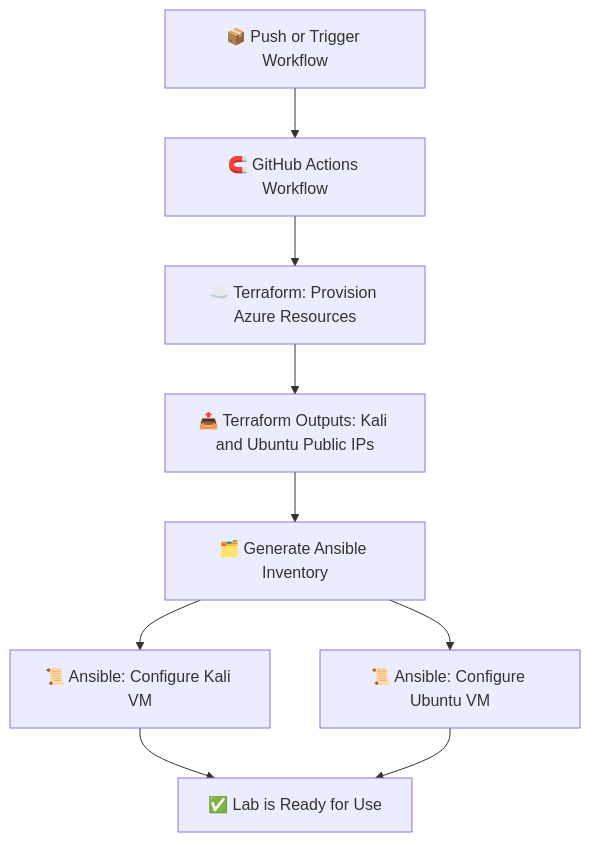
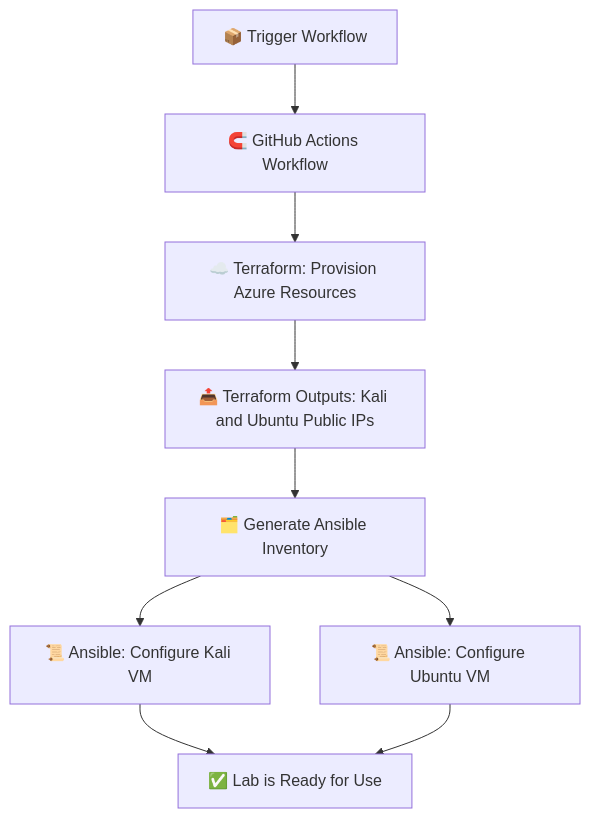
The diagram in README.md (a0sanab/Basic-Attack-Simulation-and-Detection), drawn with Mermaid before and after one commit. The commit also changed other lines of this file, not shown here.

````diff
--- a/README.md
+++ b/README.md
@@ -196,10 +198,10 @@
 ```mermaid
 graph TD
-  A[📦 Push or Trigger Workflow] --> B[🧲 GitHub Actions Workflow]
+  A[📦 Trigger Workflow] --> B[🧲 GitHub Actions Workflow]
   B --> C[☁️ Terraform: Provision Azure Resources]
   C --> D[📤 Terraform Outputs: Kali and Ubuntu Public IPs]
   D --> E[🗂️ Generate Ansible Inventory]
   E --> F[📜 Ansible: Configure Kali VM]
   E --> G[📜 Ansible: Configure Ubuntu VM]
   F & G --> H[✅ Lab is Ready for Use]
 ```
````
